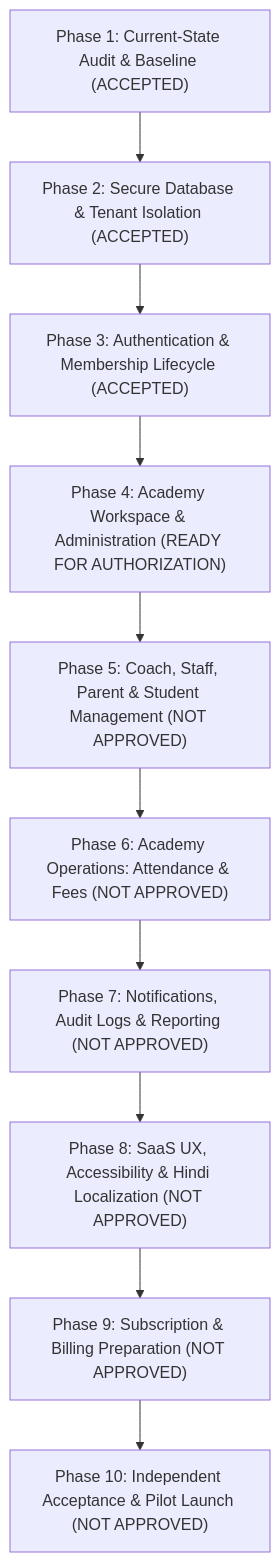
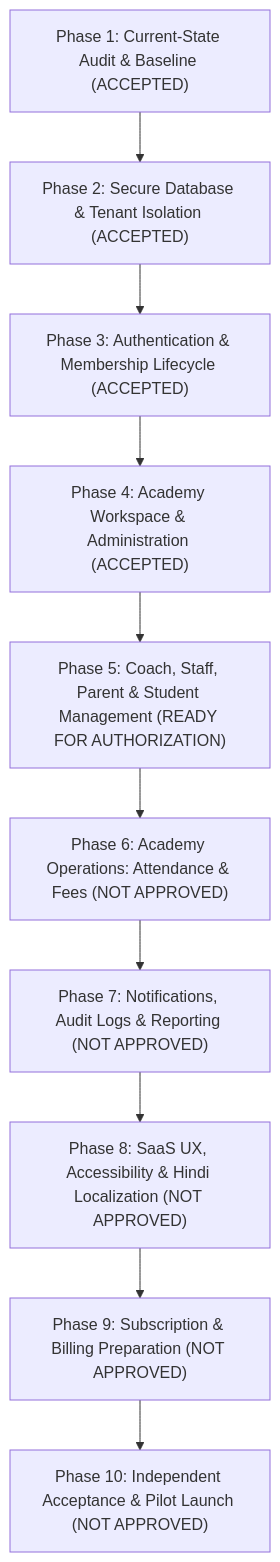
Before and after one commit to khanshahrukhonline01/new_online: the diagram in docs/saas/SAAS_PHASED_IMPLEMENTATION_ROADMAP.md, drawn with Mermaid. The commit also changed other lines of this file and 5 other files, not shown here.

Commit message:
feat(saas): complete Phase 4 academy workspace and authoritative database administration

````diff
--- a/docs/saas/SAAS_PHASED_IMPLEMENTATION_ROADMAP.md
+++ b/docs/saas/SAAS_PHASED_IMPLEMENTATION_ROADMAP.md
@@ -31,12 +31,12 @@
 ```mermaid
 flowchart TD
   P1["Phase 1: Current-State Audit & Baseline (ACCEPTED)"] --> P2["Phase 2: Secure Database & Tenant Isolation (ACCEPTED)"]
   P2 --> P3["Phase 3: Authentication & Membership Lifecycle (ACCEPTED)"]
-  P3 --> P4["Phase 4: Academy Workspace & Administration (READY FOR AUTHORIZATION)"]
-  P4 --> P5["Phase 5: Coach, Staff, Parent & Student Management (NOT APPROVED)"]
+  P3 --> P4["Phase 4: Academy Workspace & Administration (ACCEPTED)"]
+  P4 --> P5["Phase 5: Coach, Staff, Parent & Student Management (READY FOR AUTHORIZATION)"]
   P5 --> P6["Phase 6: Academy Operations: Attendance & Fees (NOT APPROVED)"]
   P6 --> P7["Phase 7: Notifications, Audit Logs & Reporting (NOT APPROVED)"]
   P7 --> P8["Phase 8: SaaS UX, Accessibility & Hindi Localization (NOT APPROVED)"]
   P8 --> P9["Phase 9: Subscription & Billing Preparation (NOT APPROVED)"]
   P9 --> P10["Phase 10: Independent Acceptance & Pilot Launch (NOT APPROVED)"]
 ```
````
